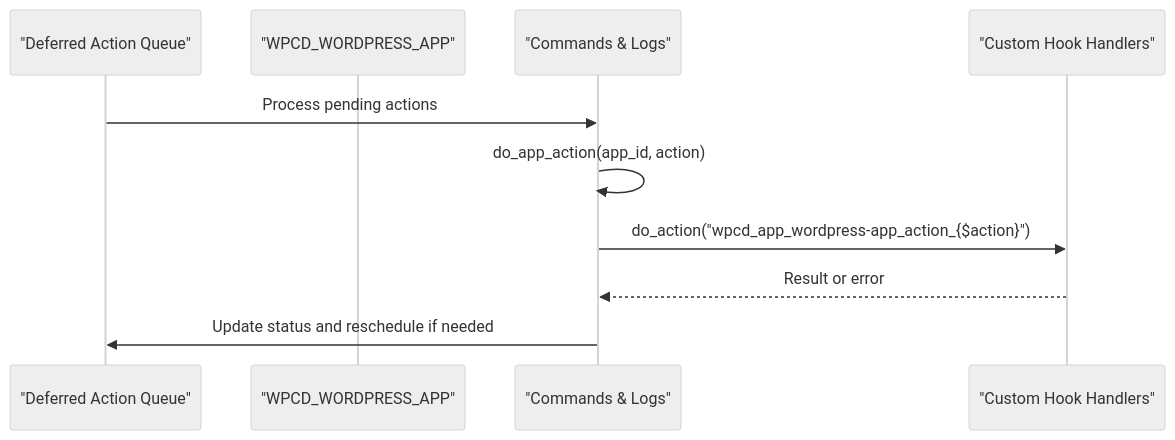
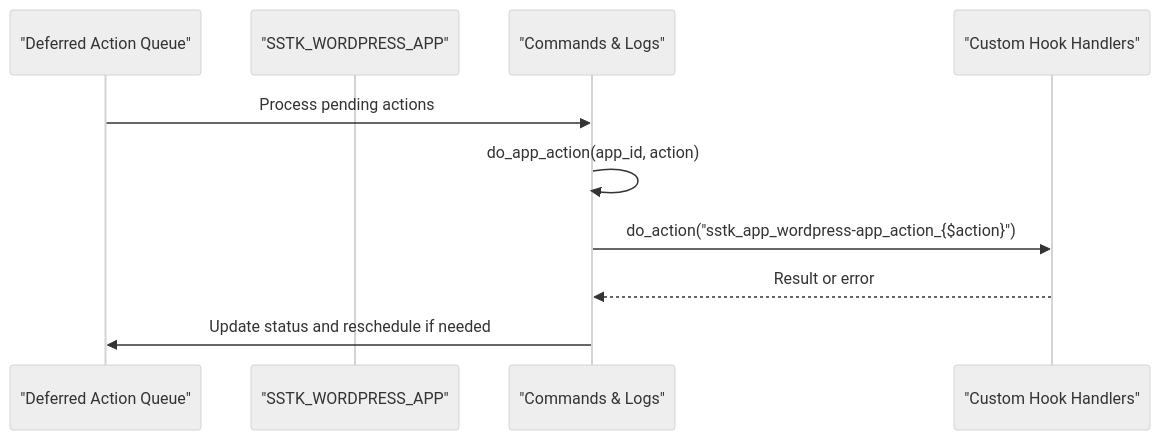
One commit to onedogsolutions/simple-stack changed the sixth of 8 diagrams in .qoder/repowiki/en/content/WordPress Application Engine/WordPress Application Lifecycle Management.md. Above: the diagram before and after it, drawn with Mermaid (neutral theme). The commit also changed other lines of this file and 5941 other files, not shown here.

````diff
--- a/.qoder/repowiki/en/content/WordPress Application Engine/WordPress Application Lifecycle Management.md
+++ b/.qoder/repowiki/en/content/WordPress Application Engine/WordPress Application Lifecycle Management.md
@@ -257,12 +256,12 @@
 ```mermaid
 sequenceDiagram
 participant Queue as "Deferred Action Queue"
-participant WPAPP as "WPCD_WORDPRESS_APP"
+participant WPAPP as "SSTK_WORDPRESS_APP"
 participant Trait as "Commands & Logs"
 participant Hook as "Custom Hook Handlers"
 Queue->>Trait : Process pending actions
 Trait->>Trait : do_app_action(app_id, action)
-Trait->>Hook : do_action("wpcd_app_wordpress-app_action_{$action}")
+Trait->>Hook : do_action("sstk_app_wordpress-app_action_{$action}")
 Hook-->>Trait : Result or error
 Trait->>Queue : Update status and reschedule if needed
 ```
````
